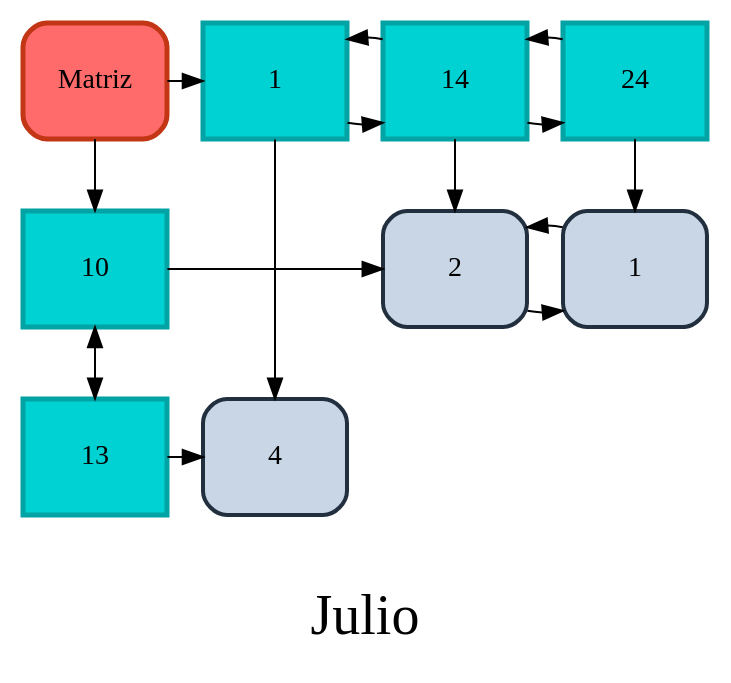
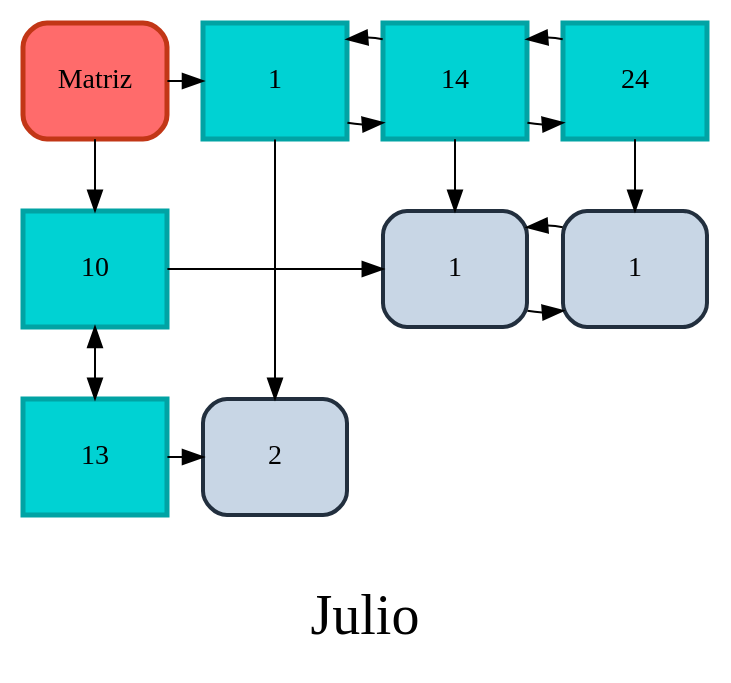
One commit to DanielDubonDR/EDD_SmartClass_201901772 changed the diagram in Fase_2/Archivos_dot/Dispersa.dot. Above: the diagram before and after it, drawn with Graphviz. The commit also changed 3 other files, not shown here.

```diff
--- a/Fase_2/Archivos_dot/Dispersa.dot
+++ b/Fase_2/Archivos_dot/Dispersa.dot
@@ -1,34 +1,34 @@
 
         digraph G {
         label="\nJulio" fontsize=28;
         node [shape=box, height=0.8];
         Head[ label = "Matriz", width = 1, style = "filled, rounded" fillcolor = "#ff6b6b", color="#c23616" group = 1 penwidth=2.5];
         
 		F10 [label = "10"   width = 1 style = filled, fillcolor = "#00d2d3", color="#01a3a4" penwidth=2.5 group = 1 ];
 		F13 [label = "13"   width = 1 style = filled, fillcolor = "#00d2d3", color="#01a3a4" penwidth=2.5 group = 1 ];
 		edge[dir="both"];
 		F10 -> F13;
 		edge[dir="forward"];
 		C1 [label = "1"   width = 1 style = filled, fillcolor = "#00d2d3", color="#01a3a4" penwidth=2.5 group = 1 ];
 		C14 [label = "14"   width = 1 style = filled, fillcolor = "#00d2d3", color="#01a3a4" penwidth=2.5 group = 14 ];
 		C24 [label = "24"   width = 1 style = filled, fillcolor = "#00d2d3", color="#01a3a4" penwidth=2.5 group = 24 ];
 		C1 -> C14;
 		C14 -> C1;
 		C14 -> C24;
 		C24 -> C14;
 		Head -> F10; 
 		Head -> C1;
 		{ rank = same; Head;C1; C14; C24; }
-		N10_L14 [label = "2" width = 1, style="filled, rounded" fillcolor="#c8d6e5" color="#222f3e" penwidth=2 group = 14 ];
+		N10_L14 [label = "1" width = 1, style="filled, rounded" fillcolor="#c8d6e5" color="#222f3e" penwidth=2 group = 14 ];
 		F10 -> N10_L14;
 		N10_L14-> N10_L24;
 		N10_L24-> N10_L14;
 		N10_L24 [label = "1" width = 1, style="filled, rounded" fillcolor="#c8d6e5" color="#222f3e" penwidth=2 group = 24 ];
-		N13_L1 [label = "4" width = 1, style="filled, rounded" fillcolor="#c8d6e5" color="#222f3e" penwidth=2 group = 1 ];
+		N13_L1 [label = "2" width = 1, style="filled, rounded" fillcolor="#c8d6e5" color="#222f3e" penwidth=2 group = 1 ];
 		F13 -> N13_L1;
 		{ rank = same; F10; N10_L14; N10_L24; }
 		{ rank = same; F13; N13_L1; }
 		C1 -> N13_L1;
 		C14 -> N10_L14;
 		C24 -> N10_L24;
 }
```
